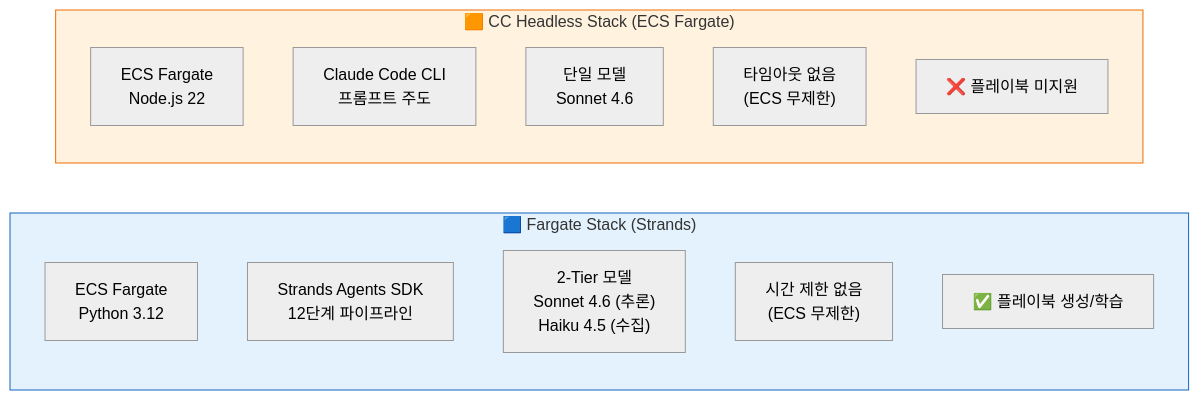
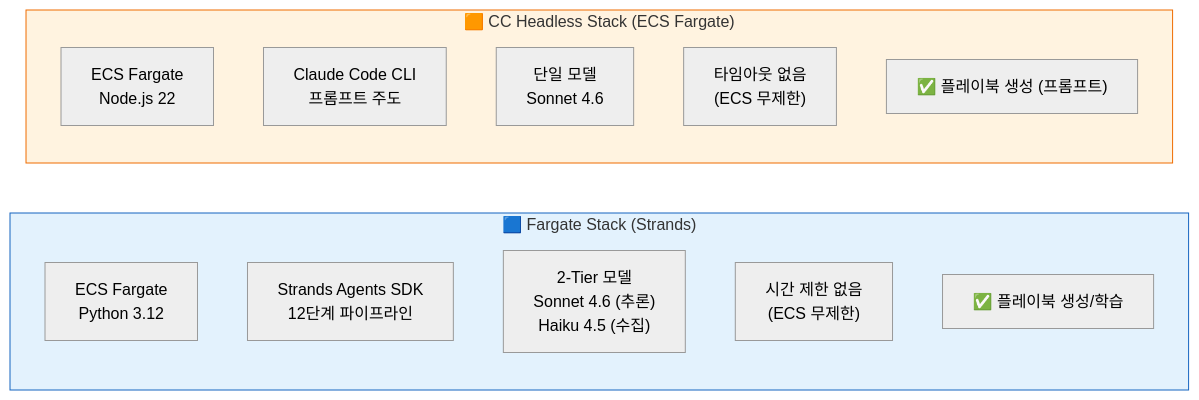
One commit to haandol/rca-agent changed the fifth of 22 diagrams in docs/system-guide-for-ops.md. Above: the diagram before and after it, drawn with Mermaid (neutral theme). The commit also changed other lines of this file and 2 other files, not shown here.

First line of the commit message:
docs: DDB 스키마 다이어그램 추가 및 cc-headless 플레이북 단계 문서화

````diff
--- a/docs/system-guide-for-ops.md
+++ b/docs/system-guide-for-ops.md
@@ -255,23 +255,23 @@
 ```mermaid
 graph LR
     subgraph Fargate["🟦 Fargate Stack (Strands)"]
         direction TB
         F_ENV["ECS Fargate<br/>Python 3.12"]
         F_SDK["Strands Agents SDK<br/>12단계 파이프라인"]
         F_MODEL["2-Tier 모델<br/>Sonnet 4.6 (추론)<br/>Haiku 4.5 (수집)"]
         F_TIME["시간 제한 없음<br/>(ECS 무제한)"]
         F_PLAY["✅ 플레이북 생성/학습"]
     end
 
     subgraph CcStack["🟧 CC Headless Stack (ECS Fargate)"]
         direction TB
         L_ENV["ECS Fargate<br/>Node.js 22"]
         L_SDK["Claude Code CLI<br/>프롬프트 주도"]
         L_MODEL["단일 모델<br/>Sonnet 4.6"]
         L_TIME["타임아웃 없음<br/>(ECS 무제한)"]
-        L_PLAY["❌ 플레이북 미지원"]
+        L_PLAY["✅ 플레이북 생성 (프롬프트)"]
     end
 
     style Fargate fill:#e3f2fd,stroke:#1565c0
     style CcStack fill:#fff3e0,stroke:#ef6c00
 ```
````
